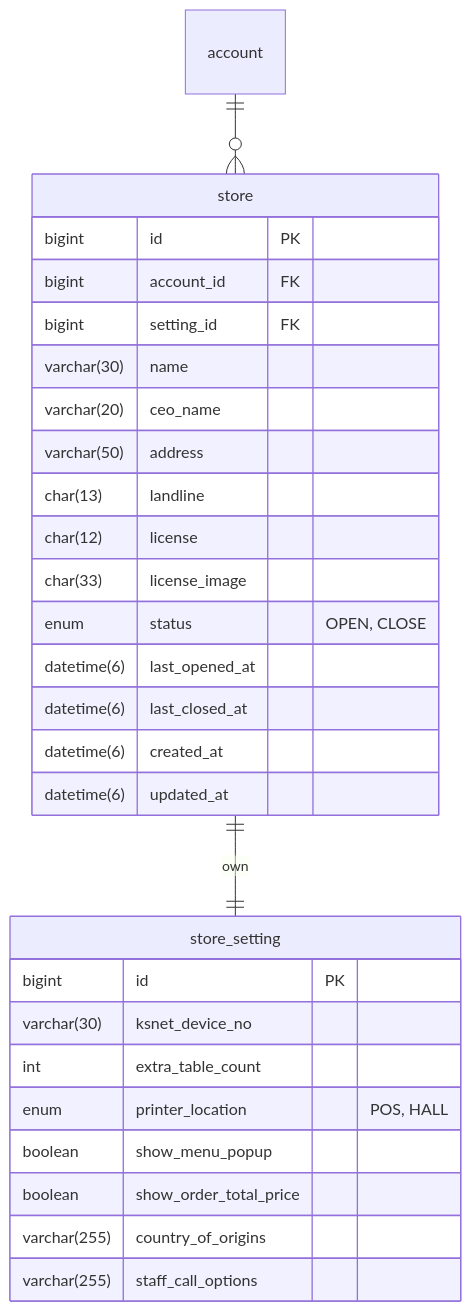
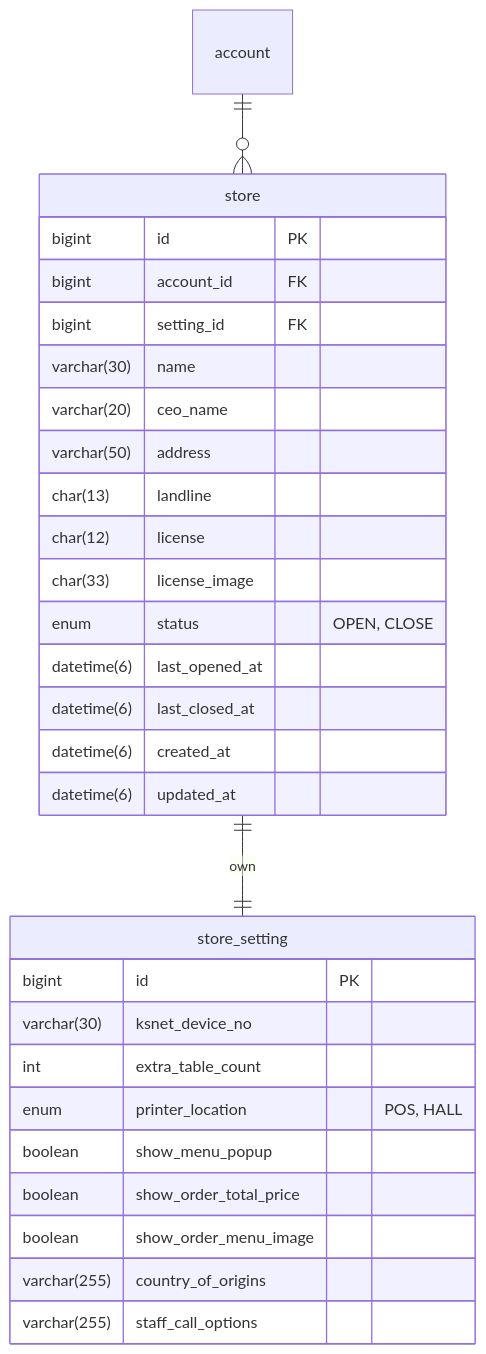
Before and after one commit to everyonewaiter/documentation: the fifth of 11 diagrams in backend/ERD.md, drawn with Mermaid. The commit also changed other lines of this file, not shown here.

Commit message:
docs: 주문 메뉴 이미지 관련 ERD 문서 업데이트

````diff
--- a/backend/ERD.md
+++ b/backend/ERD.md
@@ -119,33 +119,34 @@
 ```mermaid
 erDiagram
     account ||--o{ store: ""
     store ||--|| store_setting: own
 
     store {
         bigint id PK
         bigint account_id FK
         bigint setting_id FK
         varchar(30) name
         varchar(20) ceo_name
         varchar(50) address
         char(13) landline
         char(12) license
         char(33) license_image
         enum status "OPEN, CLOSE"
         datetime(6) last_opened_at
         datetime(6) last_closed_at
         datetime(6) created_at
         datetime(6) updated_at
     }
 
     store_setting {
         bigint id PK
         varchar(30) ksnet_device_no
         int extra_table_count
         enum printer_location "POS, HALL"
         boolean show_menu_popup
         boolean show_order_total_price
+        boolean show_order_menu_image
         varchar(255) country_of_origins
         varchar(255) staff_call_options
     }
 ```
````
